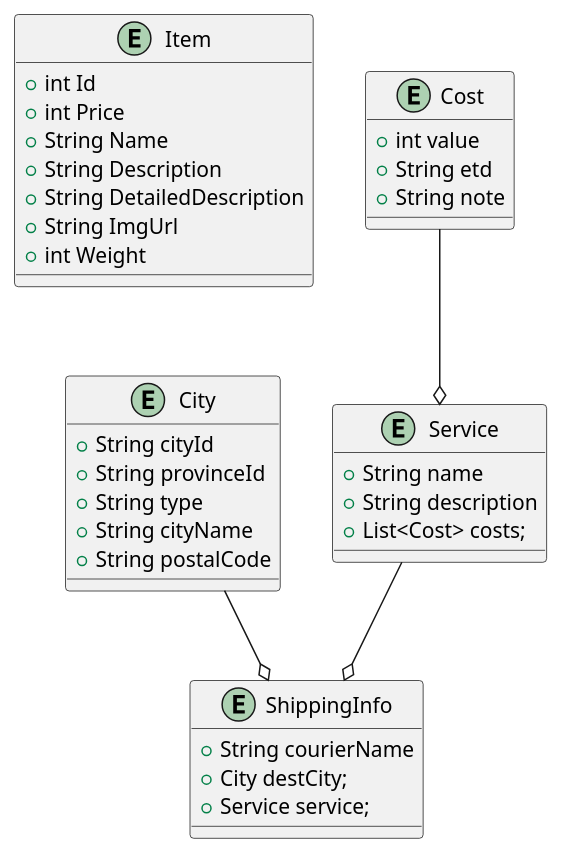
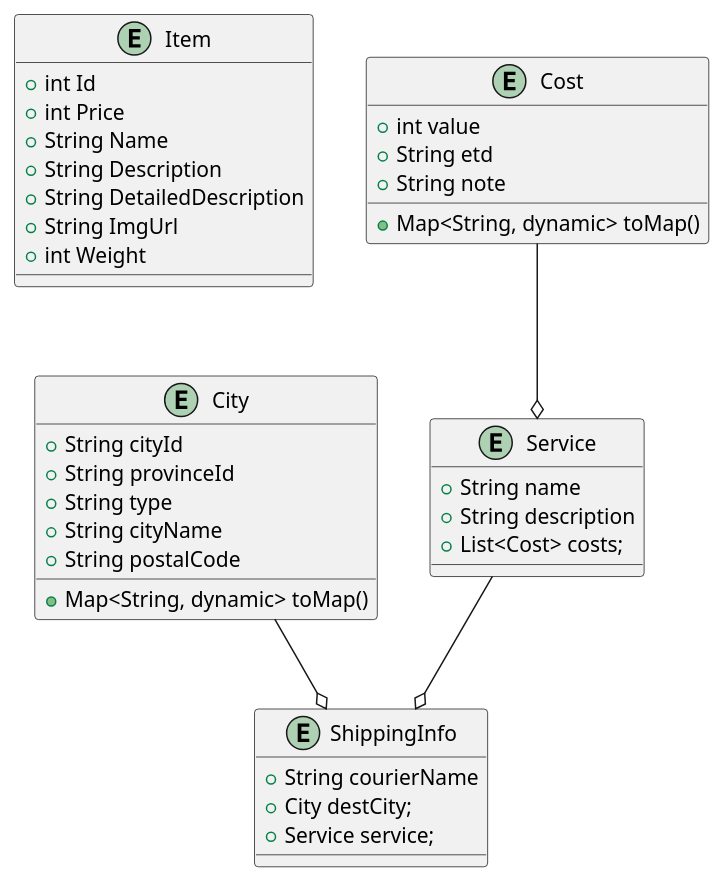
The diagram in entity_class.puml (stnDinus/skpl_apbo_diagrams), drawn with PlantUML before and after one commit.

Commit message:
feat: toMap entities

```diff
--- a/entity_class.puml
+++ b/entity_class.puml
@@ -1,41 +1,45 @@
 @startuml
 entity Item {
   + int Id
   + int Price
   + String Name
   + String Description
   + String DetailedDescription
   + String ImgUrl
   + int Weight
 }
 
 entity City {
   + String cityId
   + String provinceId
   + String type
   + String cityName
   + String postalCode
+
+  + Map<String, dynamic> toMap()
 }
 
 entity Cost {
   + int value
   + String etd
   + String note
+
+  + Map<String, dynamic> toMap()
 }
 
 entity Service {
   + String name
   + String description
   + List<Cost> costs;
 }
 
 entity ShippingInfo {
   + String courierName
   + City destCity;
   + Service service;
 }
 
 City --o ShippingInfo
 Service --o ShippingInfo
 Cost --o Service
 @enduml
```
